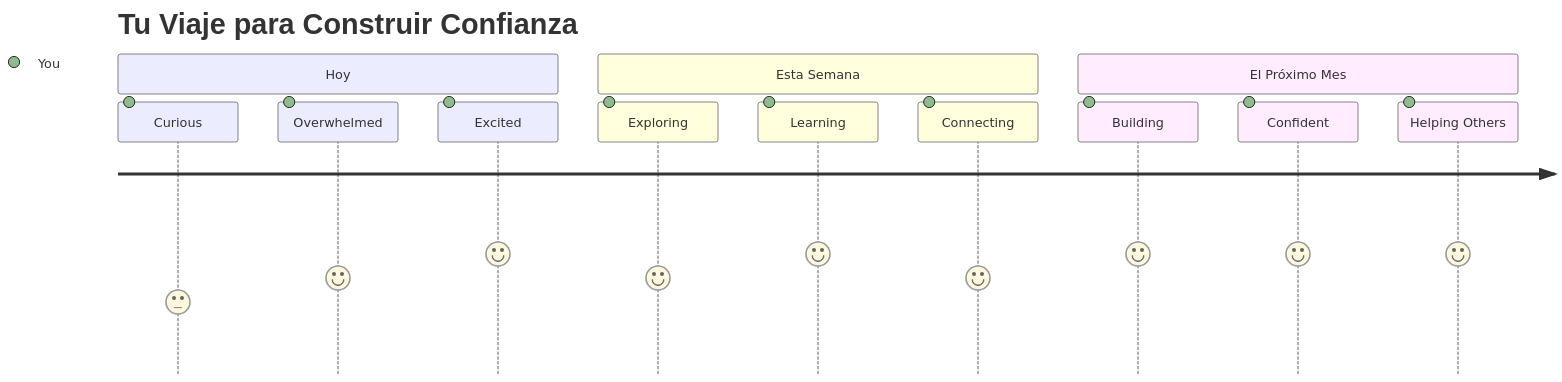
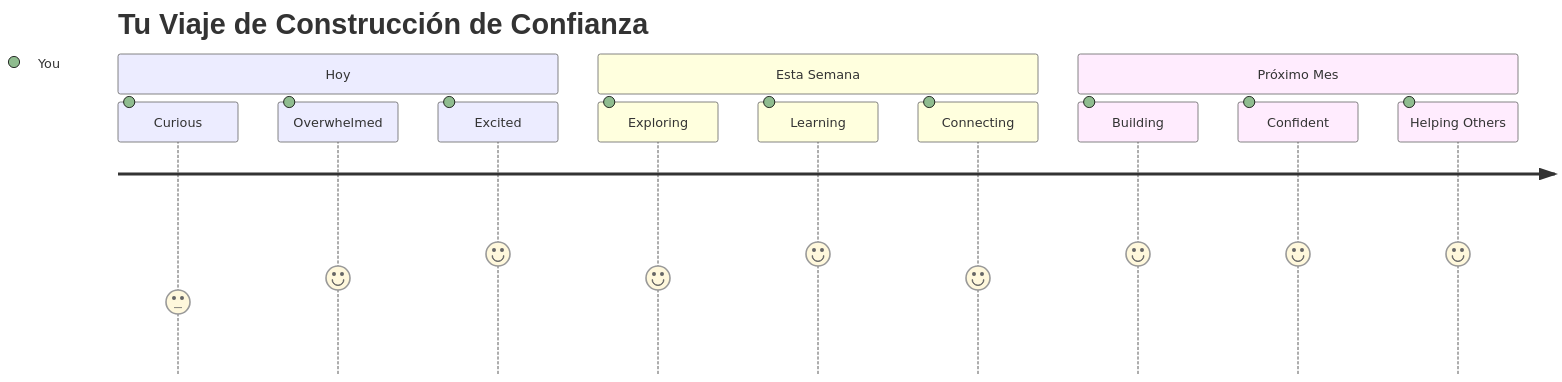
The seventh of 7 diagrams in translations/es/1-getting-started-lessons/1-intro-to-programming-languages/README.md (microsoft/Web-Dev-For-Beginners), drawn with Mermaid before and after one commit. The commit also changed other lines of this file and 393 other files, not shown here.

````diff
--- a/translations/es/1-getting-started-lessons/1-intro-to-programming-languages/README.md
+++ b/translations/es/1-getting-started-lessons/1-intro-to-programming-languages/README.md
@@ -828,16 +833,16 @@
 ```mermaid
 journey
-    title Tu Viaje para Construir Confianza
+    title Tu Viaje de Construcción de Confianza
     section Hoy
       Curious: 3: You
       Overwhelmed: 4: You
       Excited: 5: You
     section Esta Semana
       Exploring: 4: You
       Learning: 5: You
       Connecting: 4: You
-    section El Próximo Mes
+    section Próximo Mes
       Building: 5: You
       Confident: 5: You
       Helping Others: 5: You
 ```
````
